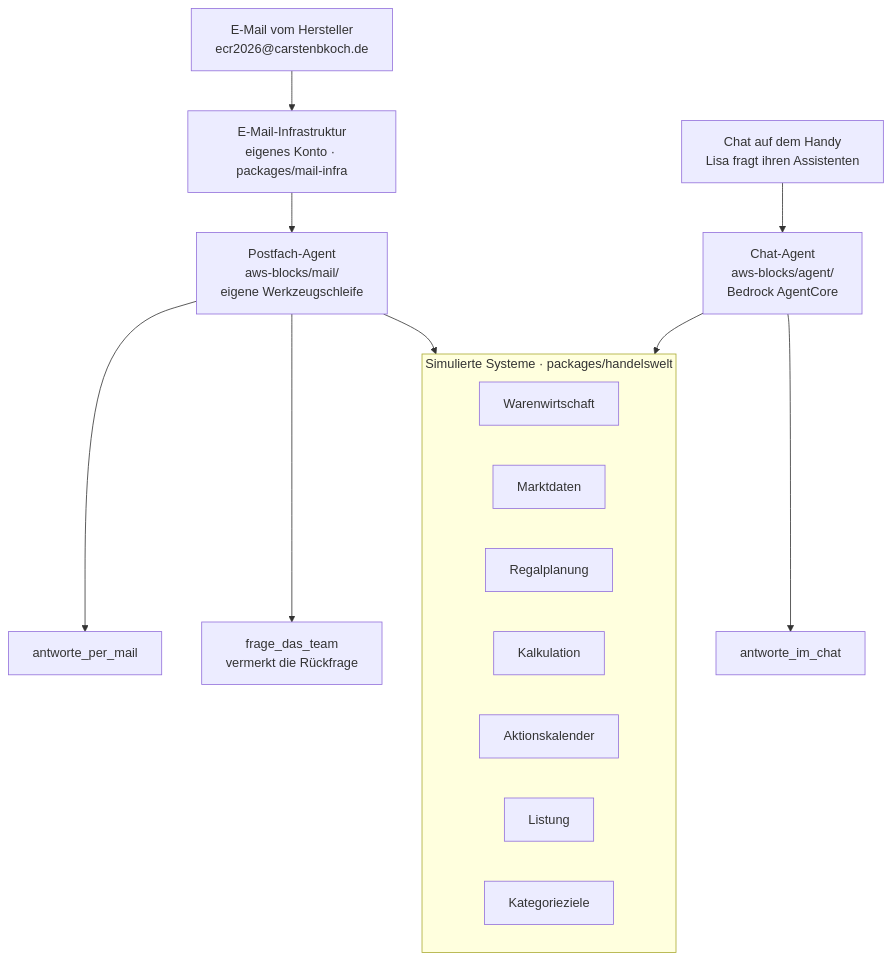
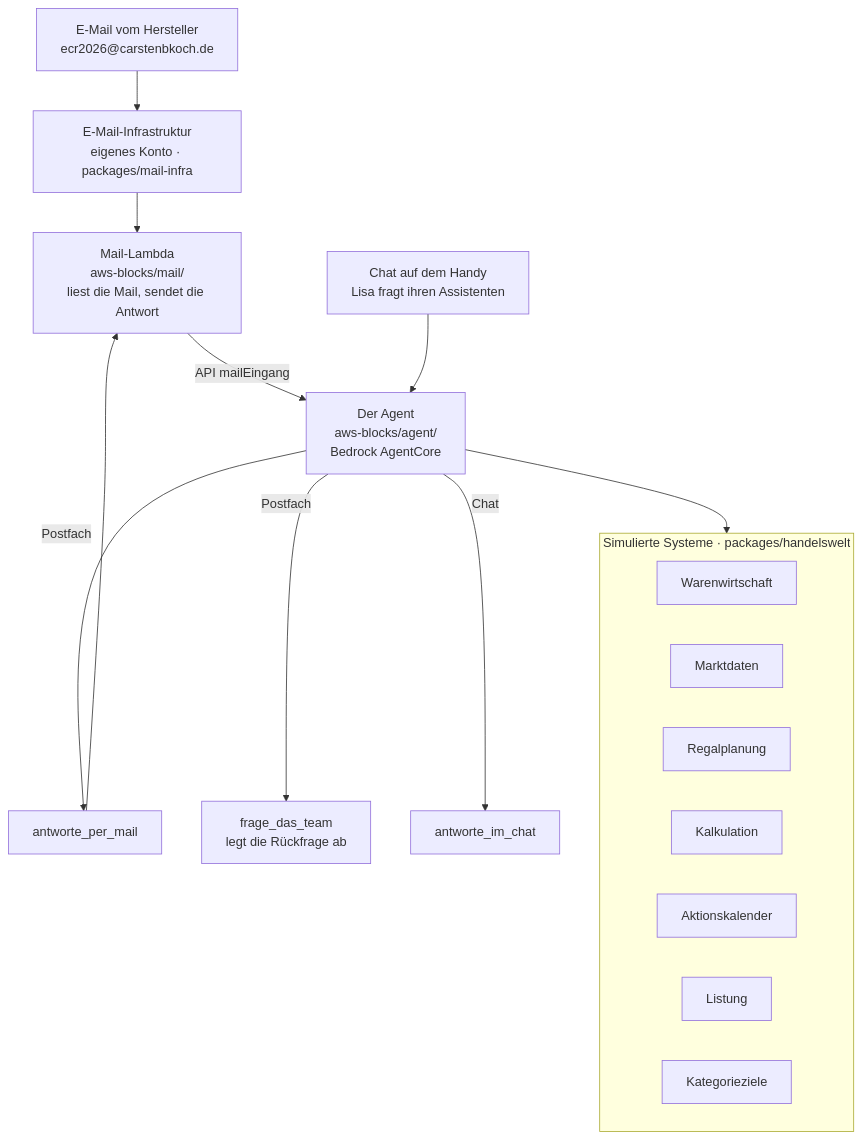
Before and after one commit to cabcookie/ecr-in-motion-2026-talk: the diagram in README.md, drawn with Mermaid. The commit also changed other lines of this file and 33 other files, not shown here.

````diff
--- a/README.md
+++ b/README.md
@@ -57,27 +53,30 @@
 ```mermaid
 flowchart TB
   MAIL["E-Mail vom Hersteller<br/>ecr2026@carstenbkoch.de"]
   CHAT["Chat auf dem Handy<br/>Lisa fragt ihren Assistenten"]
 
   MAIL --> SES["E-Mail-Infrastruktur<br/>eigenes Konto · packages/mail-infra"]
-  SES --> AM["Postfach-Agent<br/>aws-blocks/mail/<br/>eigene Werkzeugschleife"]
-  CHAT --> AC["Chat-Agent<br/>aws-blocks/agent/<br/>Bedrock AgentCore"]
+  SES --> ML["Mail-Lambda<br/>aws-blocks/mail/<br/>liest die Mail, sendet die Antwort"]
+  ML -->|"API mailEingang"| AG
+  CHAT --> AG
 
-  AM --> WM["antworte_per_mail"]
-  AM --> WL["frage_das_team<br/>vermerkt die Rückfrage"]
-  AC --> WC["antworte_im_chat"]
+  AG["Der Agent<br/>aws-blocks/agent/<br/>Bedrock AgentCore"]
 
-  AM --> SYS
-  AC --> SYS
+  AG -->|Postfach| WM["antworte_per_mail"]
+  AG -->|Postfach| WL["frage_das_team<br/>legt die Rückfrage ab"]
+  AG -->|Chat| WC["antworte_im_chat"]
+  WM --> ML
+
+  AG --> SYS
 
   subgraph SYS ["Simulierte Systeme · packages/handelswelt"]
     direction LR
     S1[Warenwirtschaft]
     S2[Marktdaten]
     S3[Regalplanung]
     S4[Kalkulation]
     S5[Aktionskalender]
     S6[Listung]
     S7[Kategorieziele]
   end
 ```
````
